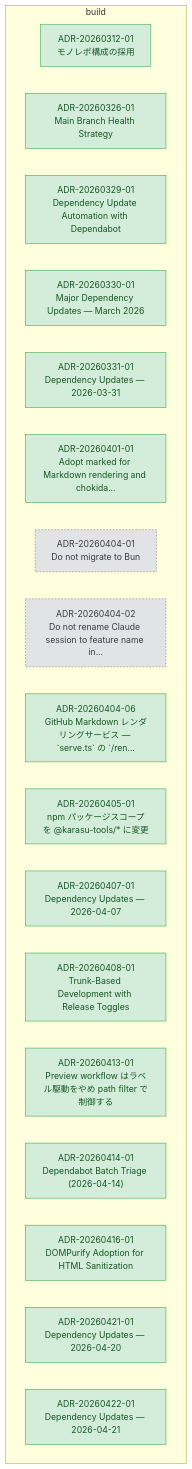
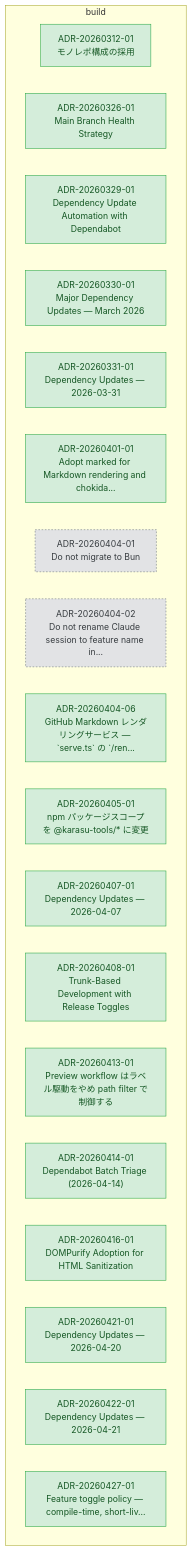
One commit to kompiro/karasu changed the diagram in docs/adr/graph/build.md. Above: the diagram before and after it, drawn with Mermaid. The commit also changed other lines of this file and 4 other files, not shown here.

First line of the commit message:
docs(adr): add feature toggle policy ADR

````diff
--- a/docs/adr/graph/build.md
+++ b/docs/adr/graph/build.md
@@ -6,46 +6,48 @@
 ```mermaid
 flowchart TD
   subgraph build["build"]
     ADR_20260312_01["ADR-20260312-01<br/>モノレポ構成の採用"]
     ADR_20260326_01["ADR-20260326-01<br/>Main Branch Health Strategy"]
     ADR_20260329_01["ADR-20260329-01<br/>Dependency Update Automation with Dependabot"]
     ADR_20260330_01["ADR-20260330-01<br/>Major Dependency Updates — March 2026"]
     ADR_20260331_01["ADR-20260331-01<br/>Dependency Updates — 2026-03-31"]
     ADR_20260401_01["ADR-20260401-01<br/>Adopt marked for Markdown rendering and chokida..."]
     ADR_20260404_01["ADR-20260404-01<br/>Do not migrate to Bun"]
     ADR_20260404_02["ADR-20260404-02<br/>Do not rename Claude session to feature name in..."]
     ADR_20260404_06["ADR-20260404-06<br/>GitHub Markdown レンダリングサービス — `serve.ts` の `/ren..."]
     ADR_20260405_01["ADR-20260405-01<br/>npm パッケージスコープを @karasu-tools/* に変更"]
     ADR_20260407_01["ADR-20260407-01<br/>Dependency Updates — 2026-04-07"]
     ADR_20260408_01["ADR-20260408-01<br/>Trunk-Based Development with Release Toggles"]
     ADR_20260413_01["ADR-20260413-01<br/>Preview workflow はラベル駆動をやめ path filter で制御する"]
     ADR_20260414_01["ADR-20260414-01<br/>Dependabot Batch Triage (2026-04-14)"]
     ADR_20260416_01["ADR-20260416-01<br/>DOMPurify Adoption for HTML Sanitization"]
     ADR_20260421_01["ADR-20260421-01<br/>Dependency Updates — 2026-04-20"]
     ADR_20260422_01["ADR-20260422-01<br/>Dependency Updates — 2026-04-21"]
+    ADR_20260427_01["ADR-20260427-01<br/>Feature toggle policy — compile-time, short-liv..."]
   end
 
   classDef accepted fill:#d4edda,stroke:#28a745,color:#155724
   classDef proposed fill:#fff3cd,stroke:#ffc107,color:#856404
   classDef deprecated fill:#f8d7da,stroke:#dc3545,color:#721c24
   classDef superseded fill:#e2e3e5,stroke:#6c757d,color:#383d41
   classDef not_adopted fill:#e2e3e5,stroke:#6c757d,color:#383d41,stroke-dasharray:3 3
   classDef ghost fill:#f5f5f5,stroke:#adb5bd,color:#6c757d,stroke-dasharray:2 2
   class ADR_20260312_01 accepted
   class ADR_20260326_01 accepted
   class ADR_20260329_01 accepted
   class ADR_20260330_01 accepted
   class ADR_20260331_01 accepted
   class ADR_20260401_01 accepted
   class ADR_20260404_01 not_adopted
   class ADR_20260404_02 not_adopted
   class ADR_20260404_06 accepted
   class ADR_20260405_01 accepted
   class ADR_20260407_01 accepted
   class ADR_20260408_01 accepted
   class ADR_20260413_01 accepted
   class ADR_20260414_01 accepted
   class ADR_20260416_01 accepted
   class ADR_20260421_01 accepted
   class ADR_20260422_01 accepted
+  class ADR_20260427_01 accepted
 ```
````
